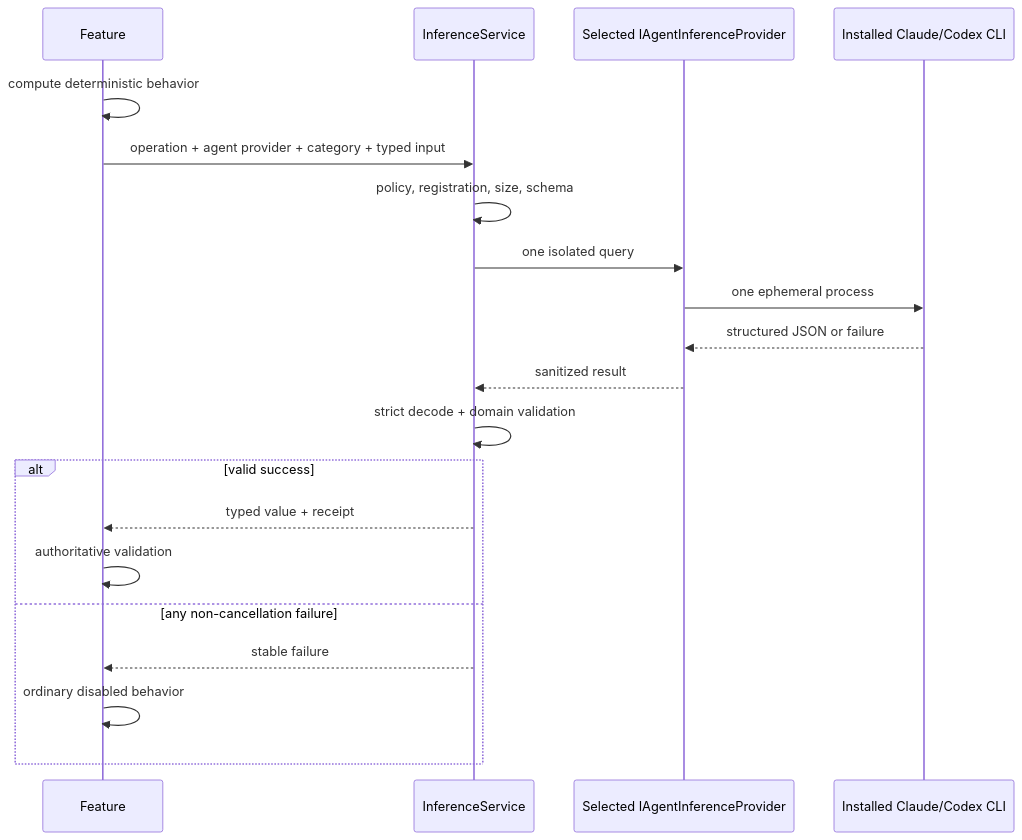
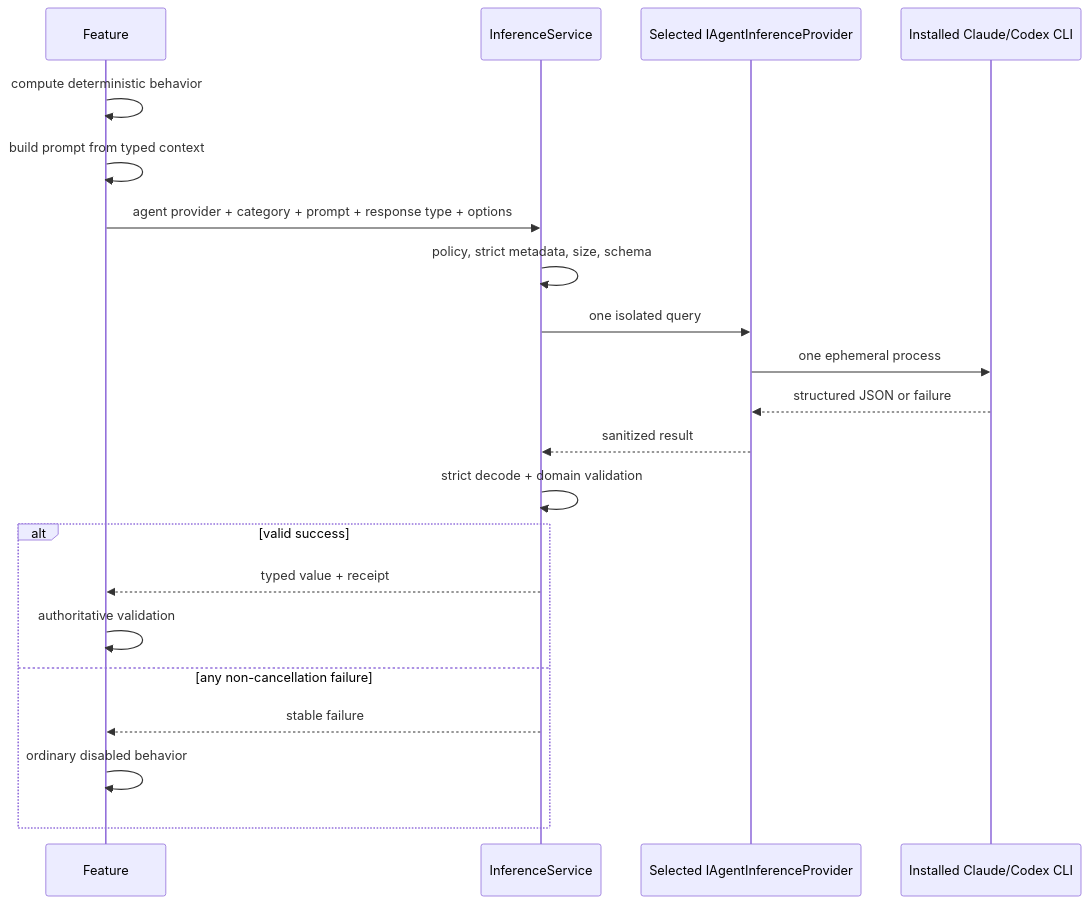
Before and after one commit to Kapps/weavie: the diagram in docs/specs/ad-hoc-inference.md, drawn with Mermaid. The commit also changed other lines of this file and 22 other files, not shown here.

````diff
--- a/docs/specs/ad-hoc-inference.md
+++ b/docs/specs/ad-hoc-inference.md
@@ -107,23 +109,24 @@
 ```mermaid
 sequenceDiagram
     participant F as Feature
     participant S as InferenceService
     participant A as Selected IAgentInferenceProvider
     participant C as Installed Claude/Codex CLI
 
     F->>F: compute deterministic behavior
-    F->>S: operation + agent provider + category + typed input
-    S->>S: policy, registration, size, schema
+    F->>F: build prompt from typed context
+    F->>S: agent provider + category + prompt + response type + options
+    S->>S: policy, strict metadata, size, schema
     S->>A: one isolated query
     A->>C: one ephemeral process
     C-->>A: structured JSON or failure
     A-->>S: sanitized result
     S->>S: strict decode + domain validation
     alt valid success
         S-->>F: typed value + receipt
         F->>F: authoritative validation
     else any non-cancellation failure
         S-->>F: stable failure
         F->>F: ordinary disabled behavior
     end
 ```
````
